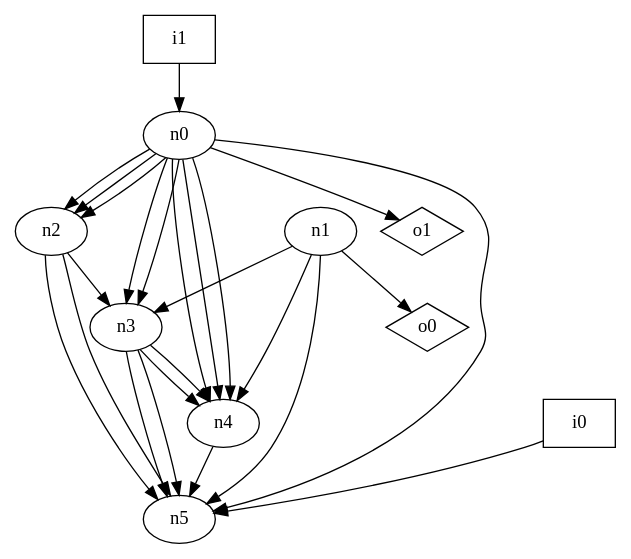
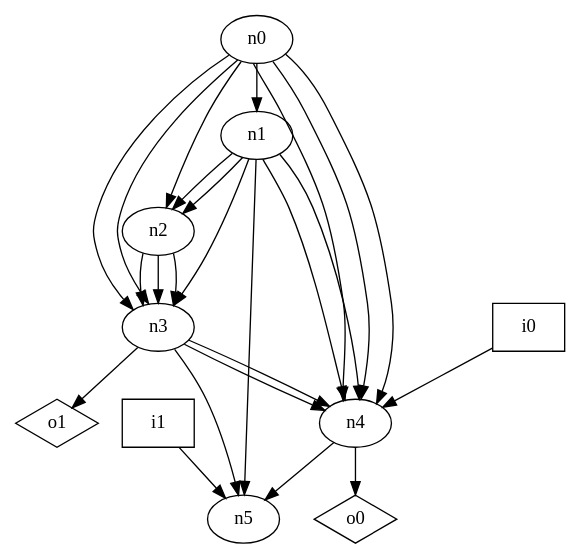
The diagram in dot_files/random/random_DAG_loop_free_graph.dot (p9romain/bool-circuits), drawn with Graphviz before and after one commit. The commit also changed 44 other files, not shown here.

```diff
--- a/dot_files/random/random_DAG_loop_free_graph.dot
+++ b/dot_files/random/random_DAG_loop_free_graph.dot
@@ -1,36 +1,36 @@
 digraph G {
 n0 [label="n0"];
 n1 [label="n1"];
 n2 [label="n2"];
 n3 [label="n3"];
 n4 [label="n4"];
 n5 [label="n5"];
 n6 [label="i0",shape="box"];
 n7 [label="i1",shape="box"];
 n8 [label="o0",shape="diamond"];
 n9 [label="o1",shape="diamond"];
-n0 -> n2
-n0 -> n2
+n0 -> n1
 n0 -> n2
 n0 -> n3
 n0 -> n3
 n0 -> n4
 n0 -> n4
 n0 -> n4
-n0 -> n5
-n0 -> n9
+n1 -> n2
+n1 -> n2
 n1 -> n3
 n1 -> n4
+n1 -> n4
 n1 -> n5
-n1 -> n8
 n2 -> n3
-n2 -> n5
-n2 -> n5
+n2 -> n3
+n2 -> n3
 n3 -> n4
 n3 -> n4
 n3 -> n5
-n3 -> n5
+n3 -> n9
 n4 -> n5
-n6 -> n5
-n7 -> n0
+n4 -> n8
+n6 -> n4
+n7 -> n5
 }
```
